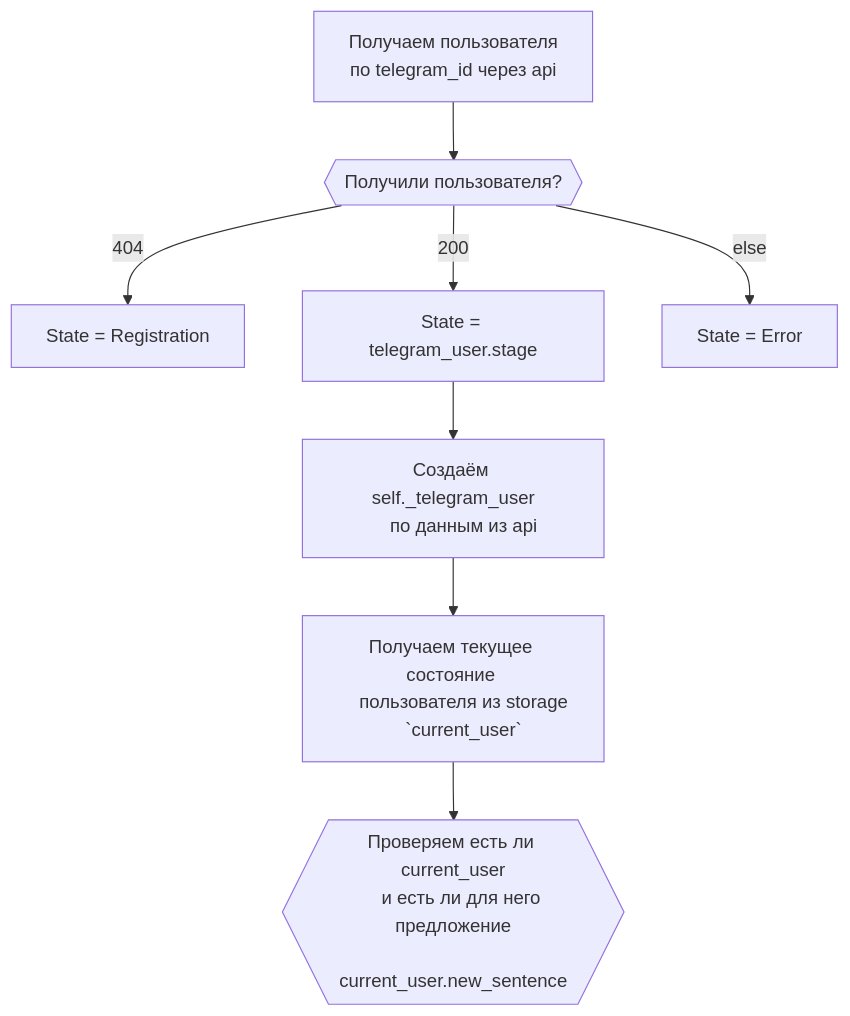
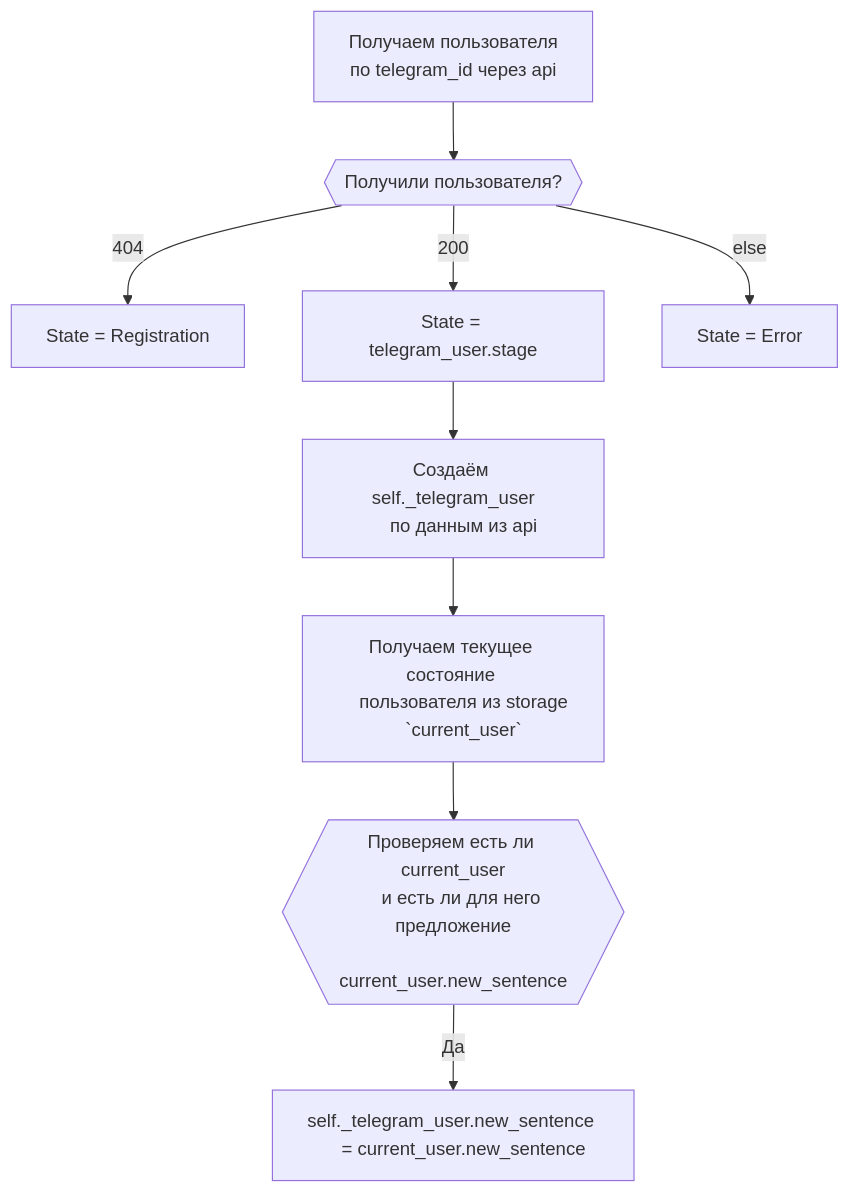
Before and after one commit to psgaiduk/learning_en_telegram_bot: the diagram in documentation/middlewears_set_state.md, drawn with Mermaid.

Commit message:
docs(documentation): update new_sentence on current_user.new_sentence middlewears_set_state

````diff
--- a/documentation/middlewears_set_state.md
+++ b/documentation/middlewears_set_state.md
@@ -1,23 +1,26 @@
 ```mermaid
 graph TD;
     start[Получаем пользователя
     по telegram_id через api
     ] --> check_get_user{{Получили пользователя?}}
     check_get_user --> |404| user_not_found[State = Registration]
     check_get_user --> |200| user_found[State = telegram_user.stage]
     check_get_user --> |else| error_user[State = Error]
     user_found --> create_telegram_user[
     Создаём self._telegram_user
     по данным из api
     ]
     create_telegram_user --> get_current_telegram_user[
     Получаем текущее состояние 
     пользователя из storage
     `current_user`
     ]
     get_current_telegram_user --> check_current_user{{
     Проверяем есть ли current_user
     и есть ли для него предложение
     current_user.new_sentence
     }}
+    check_current_user --> |Да| update_new_sentence[self._telegram_user.new_sentence 
+    = current_user.new_sentence
+    ]
 ```
````
